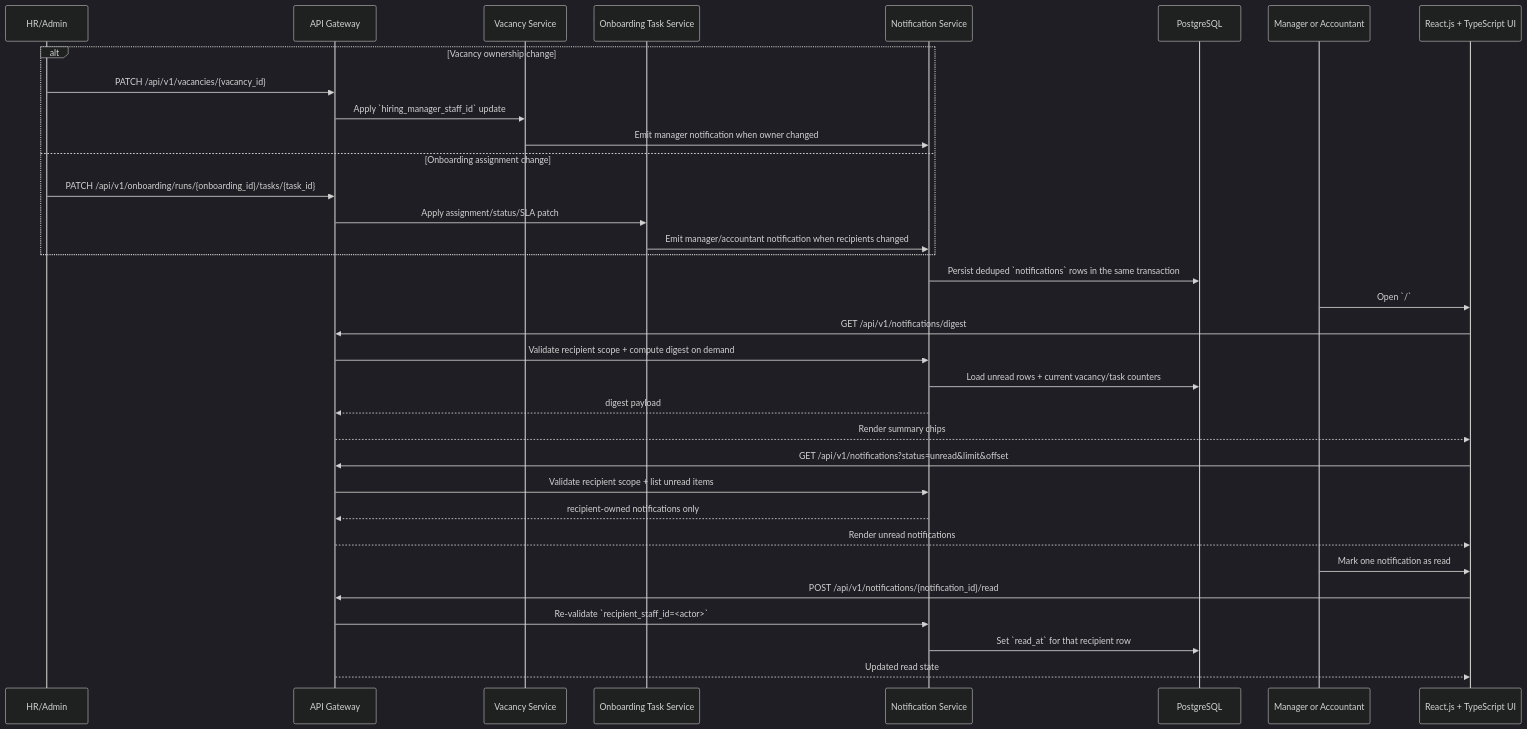
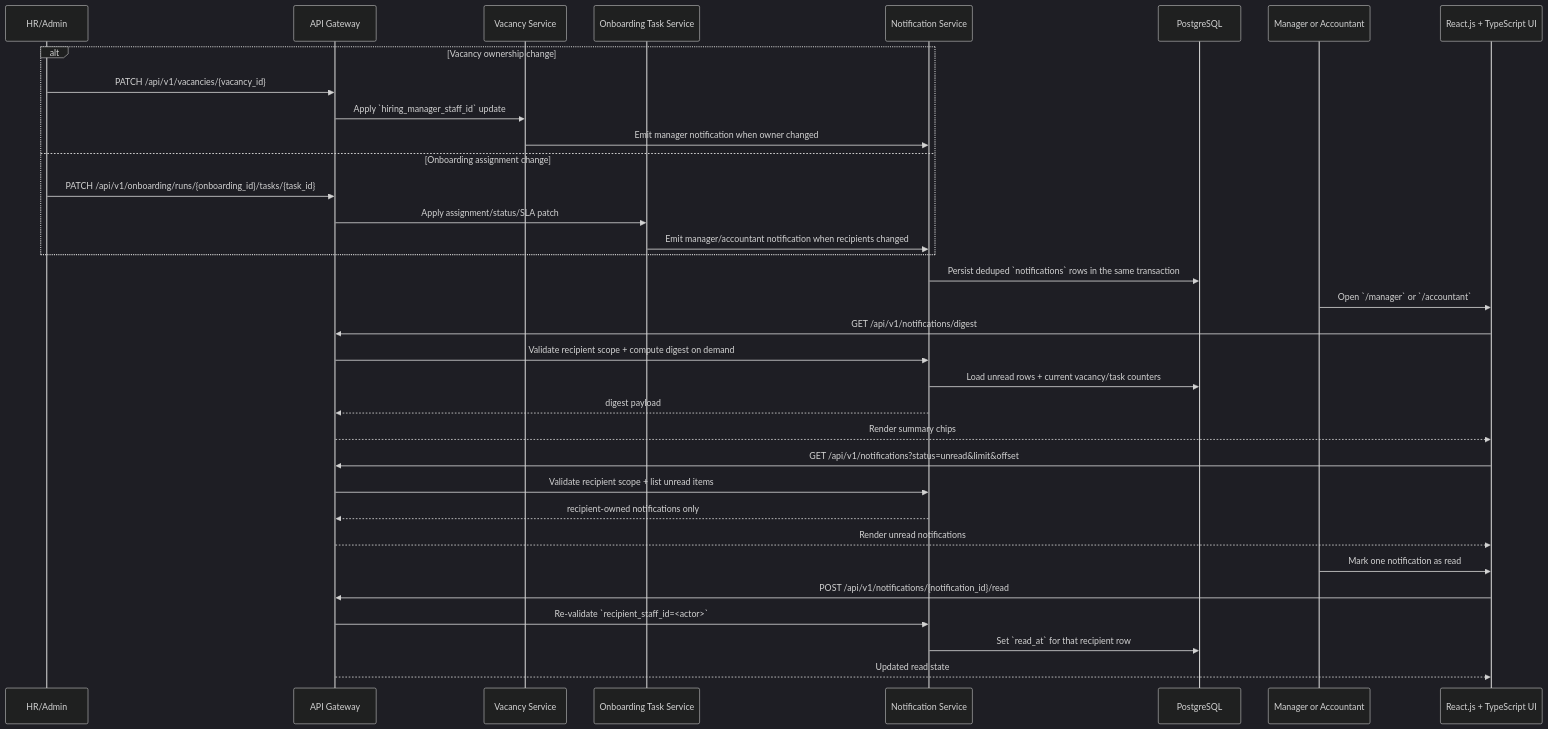
Before and after one commit to RubiFoc/hrm: diagram 12 of 31 in docs/architecture/diagrams.md, drawn with Mermaid (dark theme). The commit also changed other lines of this file and 81 other files, not shown here.

````diff
--- a/docs/architecture/diagrams.md
+++ b/docs/architecture/diagrams.md
@@ -494,40 +494,40 @@
 ```mermaid
 sequenceDiagram
   participant STAFF as HR/Admin
   participant API as API Gateway
   participant VAC as Vacancy Service
   participant EMP as Onboarding Task Service
   participant NOTIFY as Notification Service
   participant DB as PostgreSQL
   participant USER as Manager or Accountant
   participant UI as React.js + TypeScript UI
 
   alt Vacancy ownership change
     STAFF->>API: PATCH /api/v1/vacancies/{vacancy_id}
     API->>VAC: Apply `hiring_manager_staff_id` update
     VAC->>NOTIFY: Emit manager notification when owner changed
   else Onboarding assignment change
     STAFF->>API: PATCH /api/v1/onboarding/runs/{onboarding_id}/tasks/{task_id}
     API->>EMP: Apply assignment/status/SLA patch
     EMP->>NOTIFY: Emit manager/accountant notification when recipients changed
   end
   NOTIFY->>DB: Persist deduped `notifications` rows in the same transaction
 
-  USER->>UI: Open `/`
+  USER->>UI: Open `/manager` or `/accountant`
   UI->>API: GET /api/v1/notifications/digest
   API->>NOTIFY: Validate recipient scope + compute digest on demand
   NOTIFY->>DB: Load unread rows + current vacancy/task counters
   NOTIFY-->>API: digest payload
   API-->>UI: Render summary chips
 
   UI->>API: GET /api/v1/notifications?status=unread&limit&offset
   API->>NOTIFY: Validate recipient scope + list unread items
   NOTIFY-->>API: recipient-owned notifications only
   API-->>UI: Render unread notifications
 
   USER->>UI: Mark one notification as read
   UI->>API: POST /api/v1/notifications/{notification_id}/read
   API->>NOTIFY: Re-validate `recipient_staff_id=<actor>`
   NOTIFY->>DB: Set `read_at` for that recipient row
   API-->>UI: Updated read state
 ```
````
